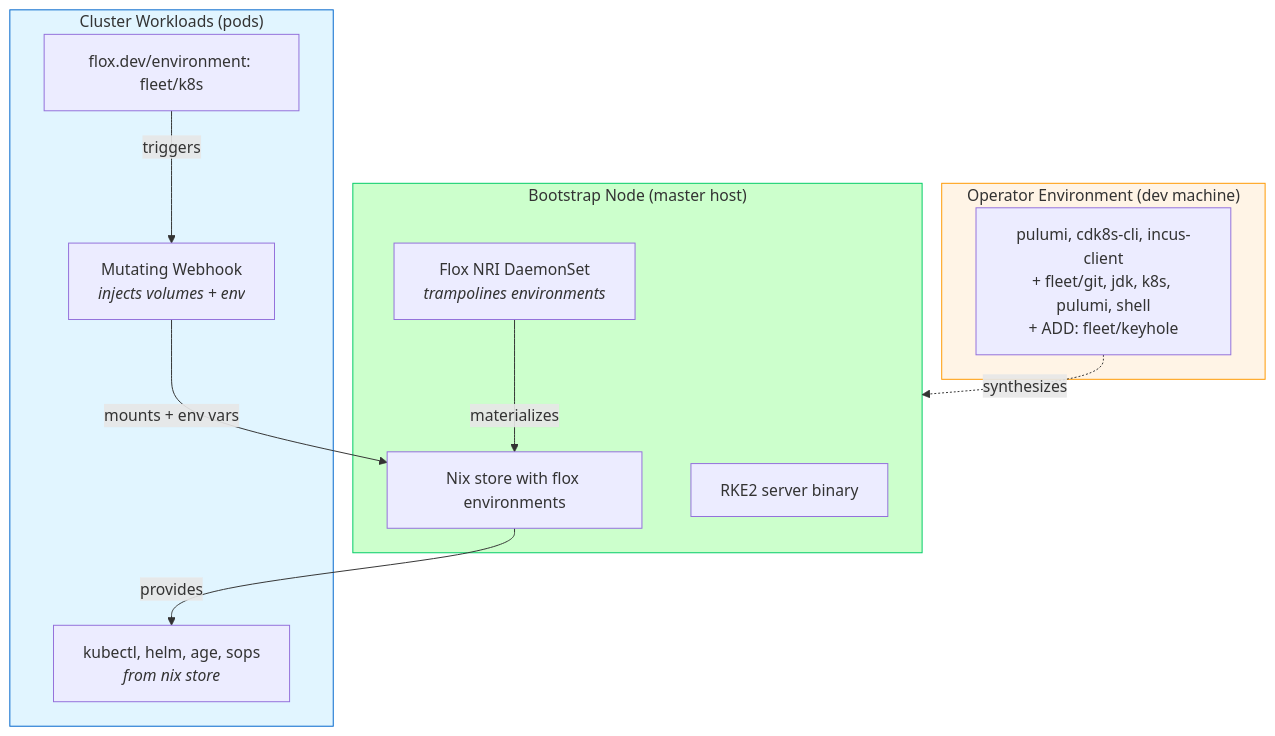
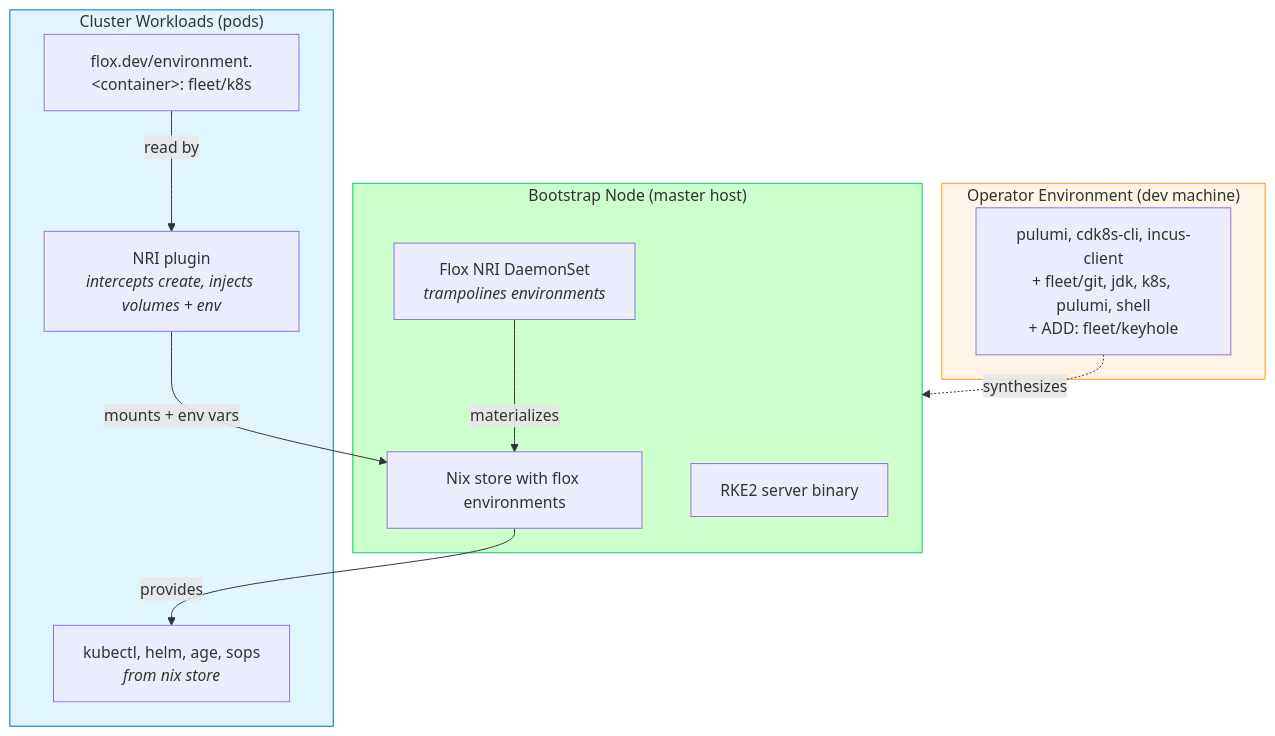
The diagram in docs/architecture/cluster-api/cluster-api-bootstrap-requirements.adoc (nxmatic/rke2lab), drawn with Mermaid before and after one commit. The commit also changed other lines of this file and 1 other file, not shown here.

First line of the commit message:
docs(cluster-api): retire flox-webhook design; trim capi-bootstrap-requirements

```diff
--- a/docs/architecture/cluster-api/cluster-api-bootstrap-requirements.adoc
+++ b/docs/architecture/cluster-api/cluster-api-bootstrap-requirements.adoc
@@ -84,29 +72,29 @@
 [mermaid]
 ----
 graph TB
     subgraph Operator["Operator Environment (dev machine)"]
         OpTools[pulumi, cdk8s-cli, incus-client<br/>+ fleet/git, jdk, k8s, pulumi, shell<br/>+ ADD: fleet/keyhole]
     end
 
     subgraph BootstrapNode["Bootstrap Node (master host)"]
         RKE2[RKE2 server binary]
         NixStore[Nix store with flox environments]
         DaemonSet[Flox NRI DaemonSet<br/><i>trampolines environments</i>]
     end
 
     subgraph Pods["Cluster Workloads (pods)"]
-        Annotation[flox.dev/environment: fleet/k8s]
-        Webhook[Mutating Webhook<br/><i>injects volumes + env</i>]
+        Annotation["flox.dev/environment.&lt;container&gt;: fleet/k8s"]
+        NRI[NRI plugin<br/><i>intercepts create, injects volumes + env</i>]
         Executables[kubectl, helm, age, sops<br/><i>from nix store</i>]
     end
 
     OpTools -.->|synthesizes| BootstrapNode
     DaemonSet -->|materializes| NixStore
-    Annotation -->|triggers| Webhook
-    Webhook -->|mounts + env vars| NixStore
+    Annotation -->|read by| NRI
+    NRI -->|mounts + env vars| NixStore
     NixStore -->|provides| Executables
 
     style Operator fill:#fff4e6,stroke:#ff9900
     style BootstrapNode fill:#ccffcc,stroke:#00cc66
     style Pods fill:#e1f5ff,stroke:#0066cc
 ----
```
